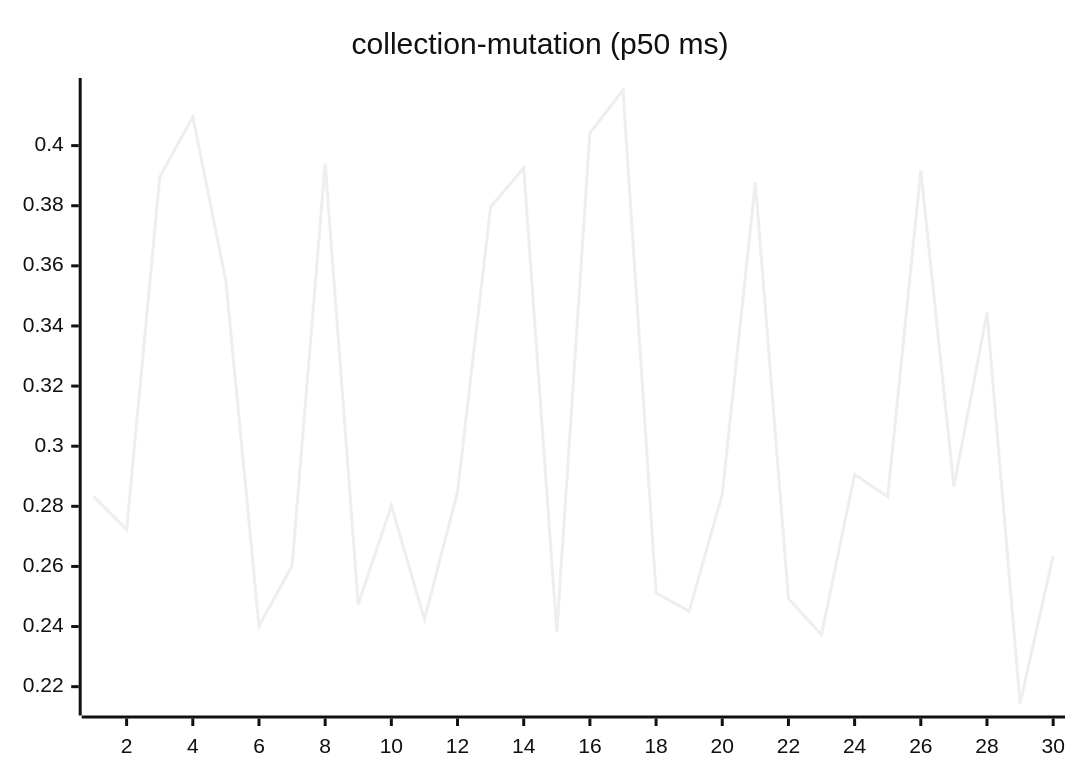
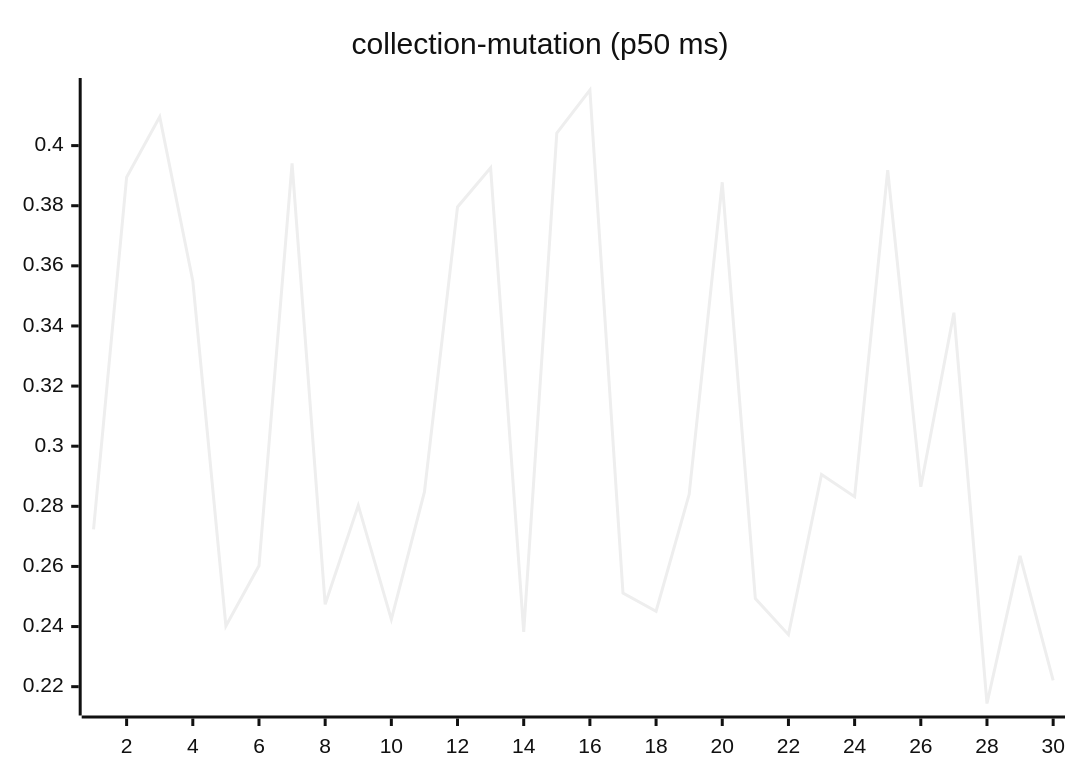
Before and after one commit to josha/Facet: the sixth of 27 diagrams in README.md, drawn with Mermaid (neutral theme). The commit also changed other lines of this file and 2 other files, not shown here.

````diff
--- a/README.md
+++ b/README.md
@@ -98,6 +98,6 @@
 ```mermaid
 xychart-beta
     title "collection-mutation (p50 ms)"
     x-axis 1 --> 30
-    line [0.2833, 0.2723, 0.3895, 0.4096, 0.3550, 0.2402, 0.2602, 0.3941, 0.2474, 0.2803, 0.2424, 0.2848, 0.3796, 0.3926, 0.2382, 0.4042, 0.4185, 0.2511, 0.2451, 0.2840, 0.3878, 0.2493, 0.2373, 0.2906, 0.2832, 0.3918, 0.2865, 0.3444, 0.2144, 0.2635]
+    line [0.2723, 0.3895, 0.4096, 0.3550, 0.2402, 0.2602, 0.3941, 0.2474, 0.2803, 0.2424, 0.2848, 0.3796, 0.3926, 0.2382, 0.4042, 0.4185, 0.2511, 0.2451, 0.2840, 0.3878, 0.2493, 0.2373, 0.2906, 0.2832, 0.3918, 0.2865, 0.3444, 0.2144, 0.2635, 0.2221]
 ```
````
